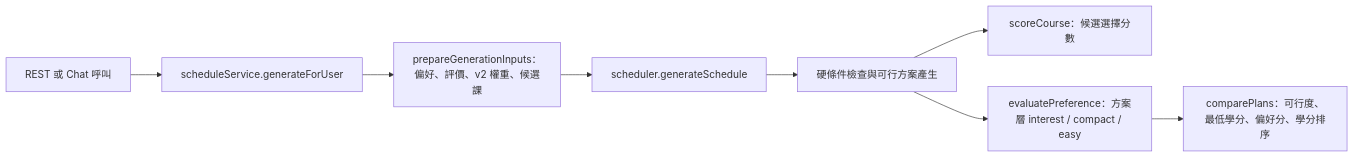
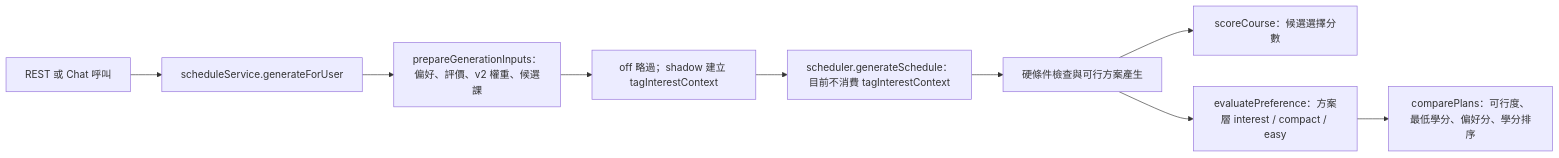
Before and after one commit to ert770/course-schedule-planner: the first of 2 diagrams in docs/PLANS/2026-10-10-rag-tag-interest-v1-stage6-interface-design.md, drawn with Mermaid. The commit also changed other lines of this file and 8 other files, not shown here.

````diff
--- a/docs/PLANS/2026-10-10-rag-tag-interest-v1-stage6-interface-design.md
+++ b/docs/PLANS/2026-10-10-rag-tag-interest-v1-stage6-interface-design.md
@@ -22,10 +28,11 @@
 ```mermaid
 flowchart LR
   A[REST 或 Chat 呼叫] --> B[scheduleService.generateForUser]
   B --> C[prepareGenerationInputs：偏好、評價、v2 權重、候選課]
-  C --> D[scheduler.generateSchedule]
+  C --> C2[off 略過；shadow 建立 tagInterestContext]
+  C2 --> D[scheduler.generateSchedule：目前不消費 tagInterestContext]
   D --> E[硬條件檢查與可行方案產生]
   E --> F[scoreCourse：候選選擇分數]
   E --> G[evaluatePreference：方案層 interest / compact / easy]
   G --> H[comparePlans：可行度、最低學分、偏好分、學分排序]
 ```
````
